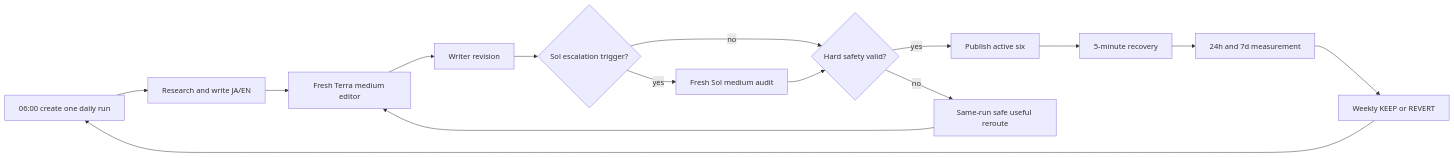
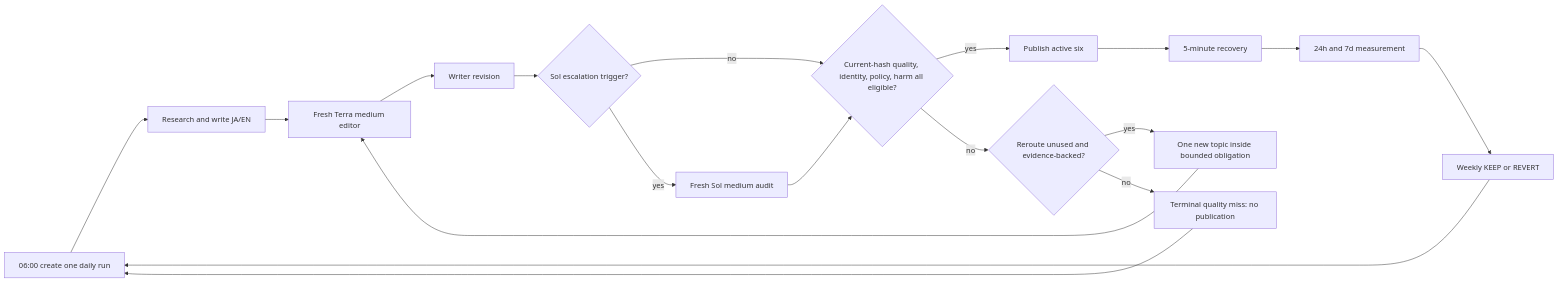
One commit to Daisuke134/anicca changed the first of 2 diagrams in docs/writer-agent/WRITER-AGENT-SSOT.md. Above: the diagram before and after it, drawn with Mermaid. The commit also changed other lines of this file and 1 other file, not shown here.

Commit message:
docs(writer): align loop with primary evidence

````diff
--- a/docs/writer-agent/WRITER-AGENT-SSOT.md
+++ b/docs/writer-agent/WRITER-AGENT-SSOT.md
@@ -669,17 +710,20 @@
 ```mermaid
 flowchart LR
   A[06:00 create one daily run] --> B[Research and write JA/EN]
   B --> C[Fresh Terra medium editor]
   C --> D[Writer revision]
   D --> E{Sol escalation trigger?}
-  E -- no --> F{Hard safety valid?}
+  E -- no --> F{Current-hash quality, identity, policy, harm all eligible?}
   E -- yes --> S[Fresh Sol medium audit]
   S --> F
   F -- yes --> G[Publish active six]
-  F -- no --> H[Same-run safe useful reroute]
-  H --> C
+  F -- no --> H{Reroute unused and evidence-backed?}
+  H -- yes --> R[One new topic inside bounded obligation]
+  R --> C
+  H -- no --> T[Terminal quality miss: no publication]
+  T --> A
   G --> I[5-minute recovery]
   I --> J[24h and 7d measurement]
   J --> K[Weekly KEEP or REVERT]
   K --> A
 ```
````
